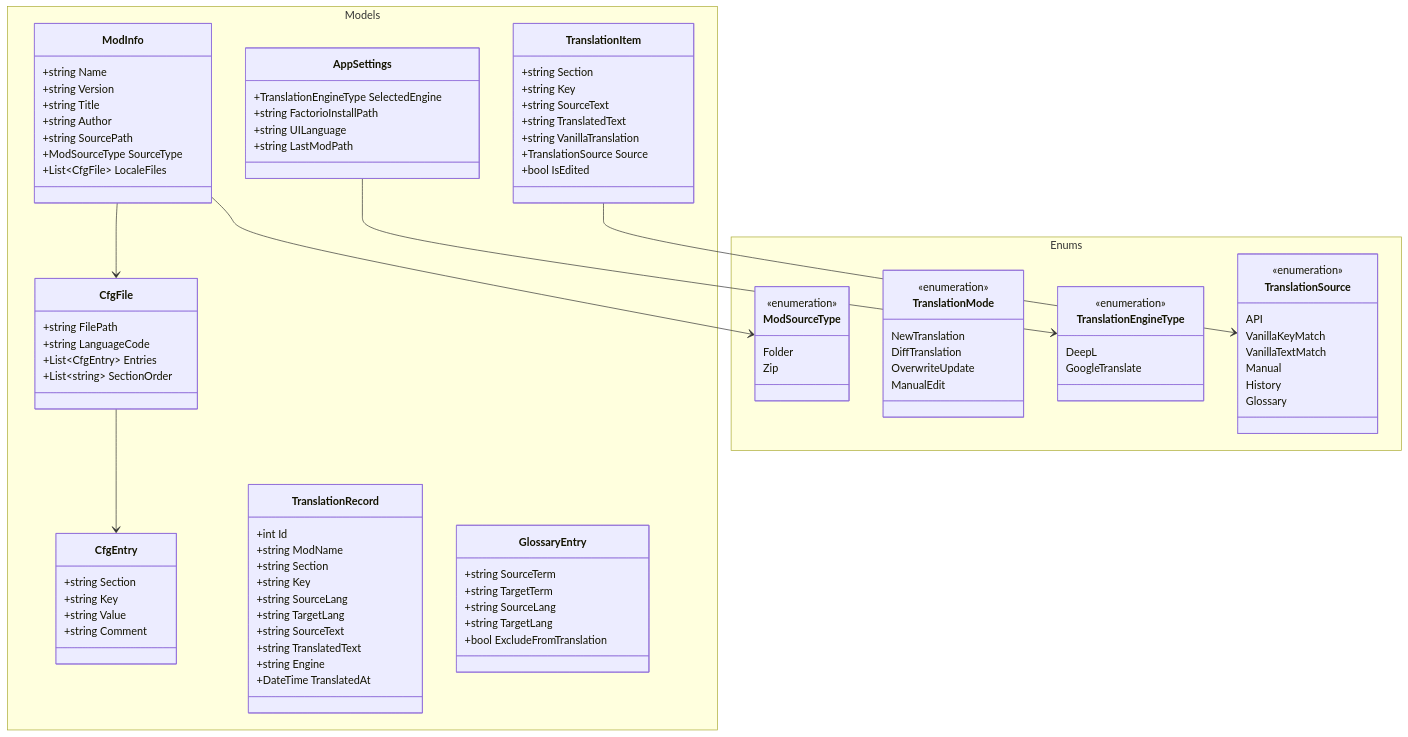
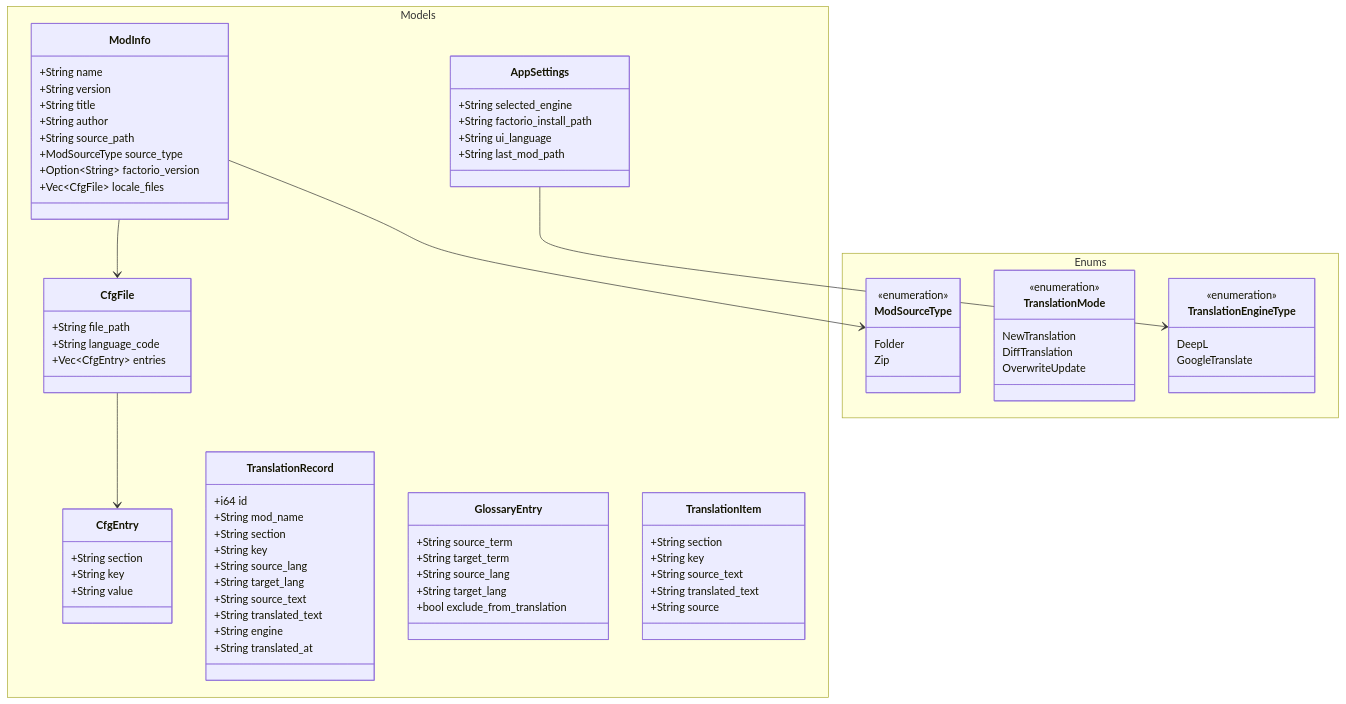
The second of 11 diagrams in docs/design_document.md (taisuk46/FactorioModTranslator), drawn with Mermaid before and after one commit. The commit also changed other lines of this file and 75 other files, not shown here.

Commit message:
feat: Implement initial Rust/Tauri application structure with services for mod loading, translation, and application management.

````diff
--- a/docs/design_document.md
+++ b/docs/design_document.md
@@ -411,59 +399,56 @@
 
     namespace Models {
         class CfgEntry {
-            +string Section
-            +string Key
-            +string Value
-            +string Comment
+            +String section
+            +String key
+            +String value
         }
         class CfgFile {
-            +string FilePath
-            +string LanguageCode
-            +List~CfgEntry~ Entries
-            +List~string~ SectionOrder
+            +String file_path
+            +String language_code
+            +Vec~CfgEntry~ entries
         }
         class ModInfo {
-            +string Name
-            +string Version
-            +string Title
-            +string Author
-            +string SourcePath
-            +ModSourceType SourceType
-            +List~CfgFile~ LocaleFiles
+            +String name
+            +String version
+            +String title
+            +String author
+            +String source_path
+            +ModSourceType source_type
+            +Option~String~ factorio_version
+            +Vec~CfgFile~ locale_files
         }
         class TranslationRecord {
-            +int Id
-            +string ModName
-            +string Section
-            +string Key
-            +string SourceLang
-            +string TargetLang
-            +string SourceText
-            +string TranslatedText
-            +string Engine
-            +DateTime TranslatedAt
+            +i64 id
+            +String mod_name
+            +String section
+            +String key
+            +String source_lang
+            +String target_lang
+            +String source_text
+            +String translated_text
+            +String engine
+            +String translated_at
         }
         class GlossaryEntry {
-            +string SourceTerm
-            +string TargetTerm
-            +string SourceLang
-            +string TargetLang
-            +bool ExcludeFromTranslation
+            +String source_term
+            +String target_term
+            +String source_lang
+            +String target_lang
+            +bool exclude_from_translation
         }
         class TranslationItem {
-            +string Section
-            +string Key
-            +string SourceText
-            +string TranslatedText
-            +string VanillaTranslation
-            +TranslationSource Source
-            +bool IsEdited
+            +String section
+            +String key
+            +String source_text
+            +String translated_text
+            +String source
         }
         class AppSettings {
-            +TranslationEngineType SelectedEngine
-            +string FactorioInstallPath
-            +string UILanguage
-            +string LastModPath
+            +String selected_engine
+            +String factorio_install_path
+            +String ui_language
+            +String last_mod_path
         }
     }
 
@@ -478,27 +463,16 @@
             NewTranslation
             DiffTranslation
             OverwriteUpdate
-            ManualEdit
         }
         class TranslationEngineType {
             <<enumeration>>
             DeepL
             GoogleTranslate
         }
-        class TranslationSource {
-            <<enumeration>>
-            API
-            VanillaKeyMatch
-            VanillaTextMatch
-            Manual
-            History
-            Glossary
-        }
     }
 
     CfgFile --> CfgEntry
     ModInfo --> CfgFile
     ModInfo --> ModSourceType
-    TranslationItem --> TranslationSource
     AppSettings --> TranslationEngineType
 ```
````
